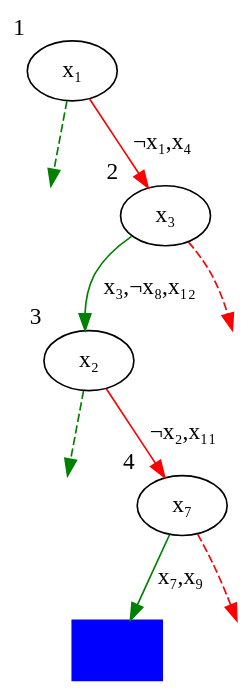
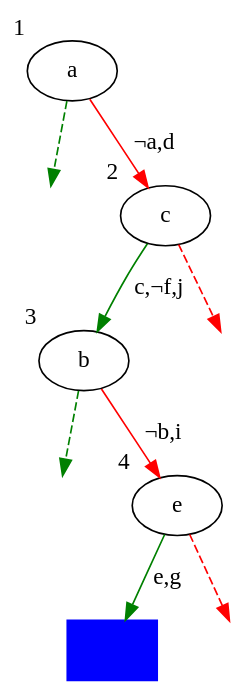
One commit to vaibhavsagar/presentations changed the diagram in sat-solvers/images/tree1.dot. Above: the diagram before and after it, drawn with Graphviz. The commit also changed 21 other files, not shown here.

```diff
--- a/sat-solvers/images/tree1.dot
+++ b/sat-solvers/images/tree1.dot
@@ -1,24 +1,24 @@
 digraph {
-    x₁t [style="invisible"]
-    x₃f [style="invisible"]
-    x₂t [style="invisible"]
-    x₁  [xlabel="1"]
-    x₃  [xlabel="2"]
-    x₂  [xlabel="3"]
-    x₇  [xlabel="4"]
-    c   [shape="box",label="",color="blue",style="filled"]
-    x₇f [label="label",style="invisible"]
-    x₁ -> x₁t [color="green",style="dashed"]
-    x₁ -> x₃  [color="red",label="¬x₁,x₄"]
-    x₃ -> x₂  [color="green",label="x₃,¬x₈,x₁₂"]
-    x₃ -> x₃f [color="red",style="dashed"]
-    x₂ -> x₃f [style="invisible",arrowhead=none]
-    x₂ -> x₇  [color="red",label="¬x₂,x₁₁"]
-    x₂ -> x₂t [color="green",style="dashed"]
-    x₇ -> c   [color="green",label="x₇,x₉"]
-    x₇ -> x₇f [color="red",style="dashed"]
-    {rank=same; x₃f x₂}
+    at [style="invisible"]
+    cf [style="invisible"]
+    bt [style="invisible"]
+    a  [xlabel="1"]
+    c  [xlabel="2"]
+    b  [xlabel="3"]
+    e  [xlabel="4"]
+    x   [shape="box",label="",color="blue",style="filled"]
+    ef [label="label",style="invisible"]
+    a -> at [color="green",style="dashed"]
+    a -> c  [color="red",label="¬a,d"]
+    c -> b  [color="green",label="c,¬f,j"]
+    c -> cf [color="red",style="dashed"]
+    b -> cf [style="invisible",arrowhead=none]
+    b -> e  [color="red",label="¬b,i"]
+    b -> bt [color="green",style="dashed"]
+    e -> x   [color="green",label="e,g"]
+    e -> ef [color="red",style="dashed"]
+    {rank=same; cf b}
     overlap=false
     splines=true
     bgcolor=transparent
 }
```
